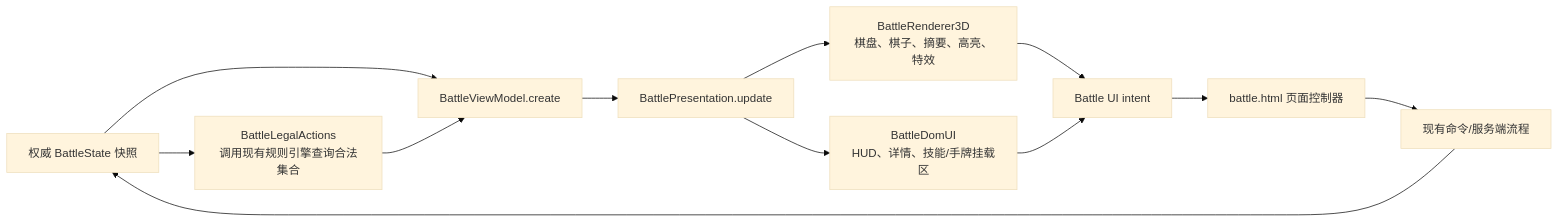
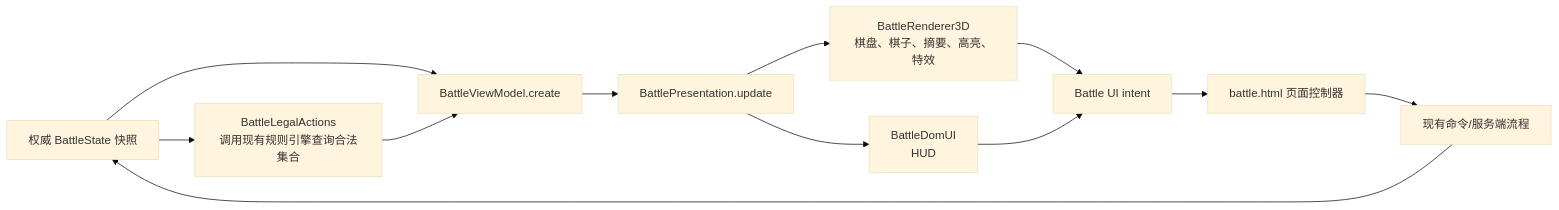
One commit to longaadream/Red_VS_Blue changed the diagram in docs/decisions/ADR-0004-battle-presentation-boundary.md. Above: the diagram before and after it, drawn with Mermaid (base theme). The commit also changed other lines of this file and 10 other files, not shown here.

````diff
--- a/docs/decisions/ADR-0004-battle-presentation-boundary.md
+++ b/docs/decisions/ADR-0004-battle-presentation-boundary.md
@@ -21,14 +21,14 @@
 ```mermaid
 flowchart LR
   S["权威 BattleState 快照"] --> L["BattleLegalActions<br/>调用现有规则引擎查询合法集合"]
   S --> V["BattleViewModel.create"]
   L --> V
   V --> P["BattlePresentation.update"]
   P --> R["BattleRenderer3D<br/>棋盘、棋子、摘要、高亮、特效"]
-  P --> D["BattleDomUI<br/>HUD、详情、技能/手牌挂载区"]
+  P --> D["BattleDomUI<br/>HUD"]
   R --> I["Battle UI intent"]
   D --> I
   I --> C["battle.html 页面控制器"]
   C --> A["现有命令/服务端流程"]
   A --> S
 ```
````
